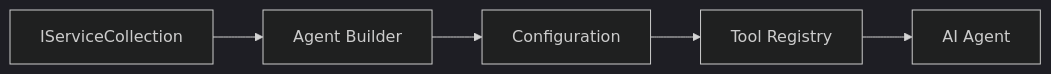
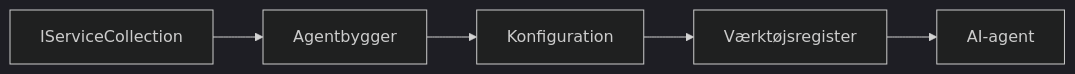
The diagram in translations/da/03-agentic-design-patterns/code_samples/03-dotnet-agent-framework.md (microsoft/ai-agents-for-beginners), drawn with Mermaid (dark theme) before and after one commit. The commit also changed other lines of this file and 224 other files, not shown here.

````diff
--- a/translations/da/03-agentic-design-patterns/code_samples/03-dotnet-agent-framework.md
+++ b/translations/da/03-agentic-design-patterns/code_samples/03-dotnet-agent-framework.md
@@ -41,7 +41,7 @@
 ```mermaid
 graph LR
-    A[IServiceCollection] --> B[Agent Builder]
-    B --> C[Configuration]
-    C --> D[Tool Registry]
-    D --> E[AI Agent]
+    A[IServiceCollection] --> B[Agentbygger]
+    B --> C[Konfiguration]
+    C --> D[Værktøjsregister]
+    D --> E[AI-agent]
 ```
````
